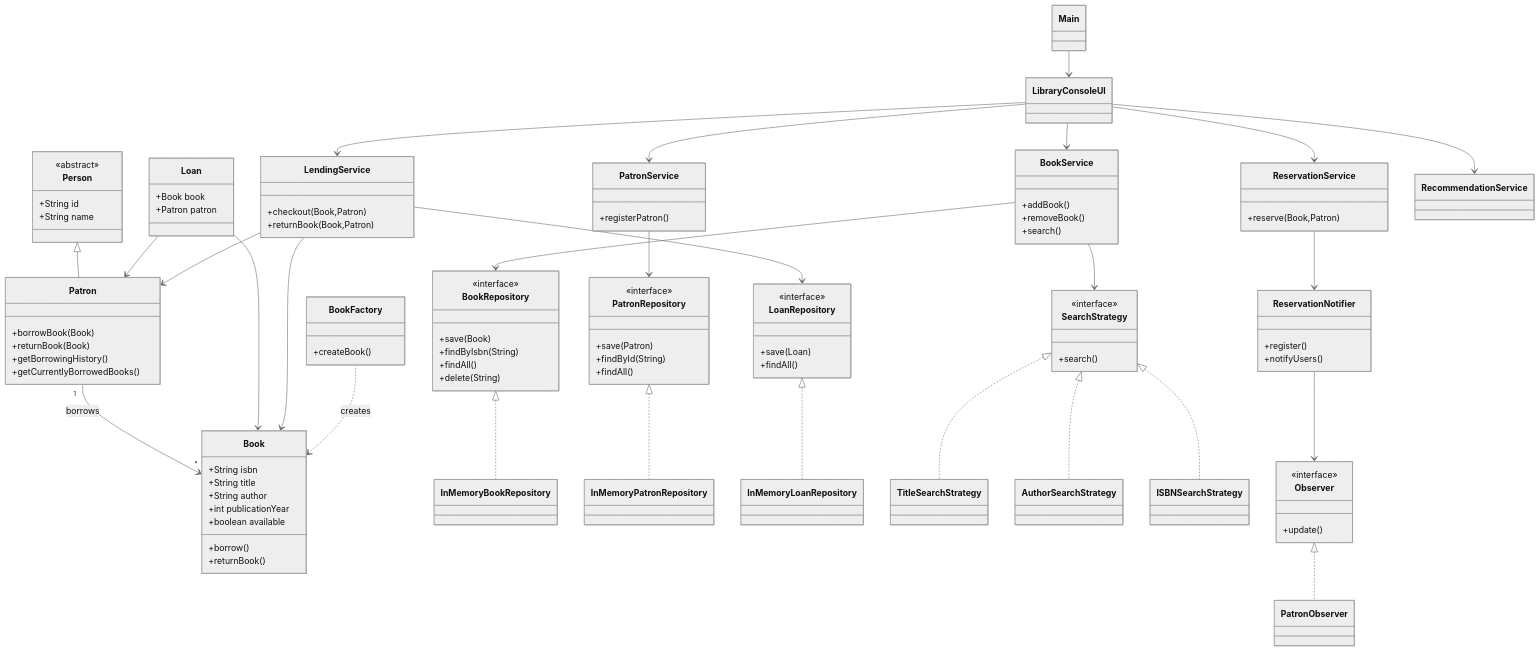
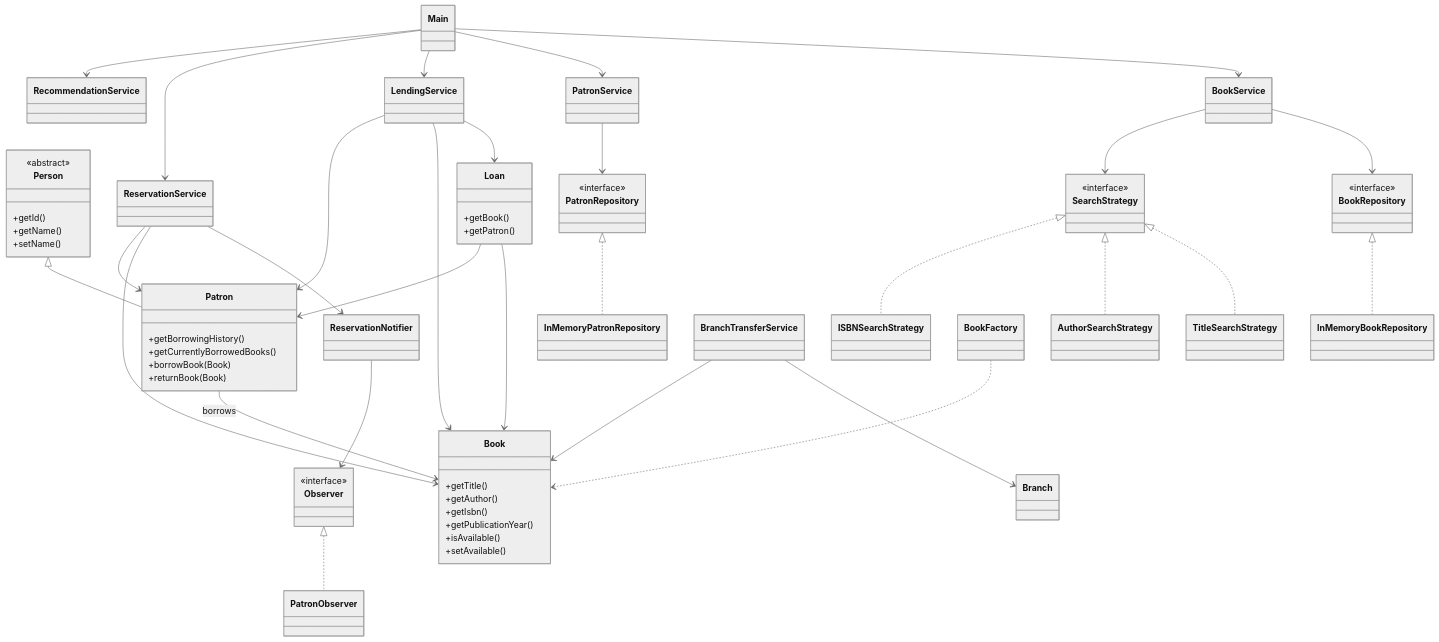
One commit to AmritNalam/LibraryManagementSystem changed the diagram in README.md. Above: the diagram before and after it, drawn with Mermaid (neutral theme). The commit also changed other lines of this file, not shown here.

````diff
--- a/README.md
+++ b/README.md
@@ -307,116 +307,69 @@
 ```mermaid
 classDiagram
 
-%% ======================
-%% DOMAIN MODELS
-%% ======================
+%% =====================
+%% MODELS
+%% =====================
 
 class Person {
     <<abstract>>
-    +String id
-    +String name
+    +getId()
+    +getName()
+    +setName()
 }
 
 class Patron {
+    +getBorrowingHistory()
+    +getCurrentlyBorrowedBooks()
     +borrowBook(Book)
     +returnBook(Book)
-    +getBorrowingHistory()
-    +getCurrentlyBorrowedBooks()
 }
 
 class Book {
-    +String isbn
-    +String title
-    +String author
-    +int publicationYear
-    +boolean available
-    +borrow()
-    +returnBook()
+    +getTitle()
+    +getAuthor()
+    +getIsbn()
+    +getPublicationYear()
+    +isAvailable()
+    +setAvailable()
 }
 
 class Loan {
-    +Book book
-    +Patron patron
+    +getBook()
+    +getPatron()
 }
 
+class Branch
+
 Person <|-- Patron
-
-Patron "1" --> "*" Book : borrows
+Patron --> Book : borrows
 Loan --> Book
 Loan --> Patron
 
-%% ======================
+%% =====================
 %% REPOSITORIES
-%% ======================
+%% =====================
 
 class BookRepository {
     <<interface>>
-    +save(Book)
-    +findByIsbn(String)
-    +findAll()
-    +delete(String)
 }
 
 class PatronRepository {
     <<interface>>
-    +save(Patron)
-    +findById(String)
-    +findAll()
-}
-
-class LoanRepository {
-    <<interface>>
-    +save(Loan)
-    +findAll()
 }
 
 class InMemoryBookRepository
 class InMemoryPatronRepository
-class InMemoryLoanRepository
 
 BookRepository <|.. InMemoryBookRepository
 PatronRepository <|.. InMemoryPatronRepository
-LoanRepository <|.. InMemoryLoanRepository
 
-%% ======================
-%% SERVICES
-%% ======================
-
-class BookService {
-    +addBook()
-    +removeBook()
-    +search()
-}
-
-class PatronService {
-    +registerPatron()
-}
-
-class LendingService {
-    +checkout(Book,Patron)
-    +returnBook(Book,Patron)
-}
-
-class ReservationService {
-    +reserve(Book,Patron)
-}
-
-class RecommendationService
-
-BookService --> BookRepository
-PatronService --> PatronRepository
-LendingService --> LoanRepository
-LendingService --> Book
-LendingService --> Patron
-ReservationService --> ReservationNotifier
-
-%% ======================
+%% =====================
 %% STRATEGY PATTERN
-%% ======================
+%% =====================
 
 class SearchStrategy {
     <<interface>>
-    +search()
 }
 
 class TitleSearchStrategy
@@ -427,48 +380,64 @@
 SearchStrategy <|.. AuthorSearchStrategy
 SearchStrategy <|.. ISBNSearchStrategy
 
+%% =====================
+%% SERVICES
+%% =====================
+
+class BookService
+class PatronService
+class LendingService
+class ReservationService
+class RecommendationService
+class BranchTransferService
+
+BookService --> BookRepository
 BookService --> SearchStrategy
 
-%% ======================
+PatronService --> PatronRepository
+
+LendingService --> Loan
+LendingService --> Book
+LendingService --> Patron
+
+ReservationService --> ReservationNotifier
+ReservationService --> Book
+ReservationService --> Patron
+
+BranchTransferService --> Branch
+BranchTransferService --> Book
+
+%% =====================
 %% OBSERVER PATTERN
-%% ======================
+%% =====================
 
 class Observer {
     <<interface>>
-    +update()
 }
 
 class PatronObserver
-
-class ReservationNotifier {
-    +register()
-    +notifyUsers()
-}
+class ReservationNotifier
 
 Observer <|.. PatronObserver
 ReservationNotifier --> Observer
 
-%% ======================
+%% =====================
 %% FACTORY PATTERN
-%% ======================
+%% =====================
 
-class BookFactory {
-    +createBook()
-}
+class BookFactory
 
-BookFactory ..> Book : creates
+BookFactory ..> Book
 
-%% ======================
-%% APPLICATION
-%% ======================
+%% =====================
+%% APPLICATION ENTRY
+%% =====================
 
 class Main
-class LibraryConsoleUI
 
-Main --> LibraryConsoleUI
-LibraryConsoleUI --> BookService
-LibraryConsoleUI --> PatronService
-LibraryConsoleUI --> LendingService
-LibraryConsoleUI --> ReservationService
-LibraryConsoleUI --> RecommendationService
+Main --> BookService
+Main --> PatronService
+Main --> LendingService
+Main --> ReservationService
+Main --> RecommendationService
 ```
````
